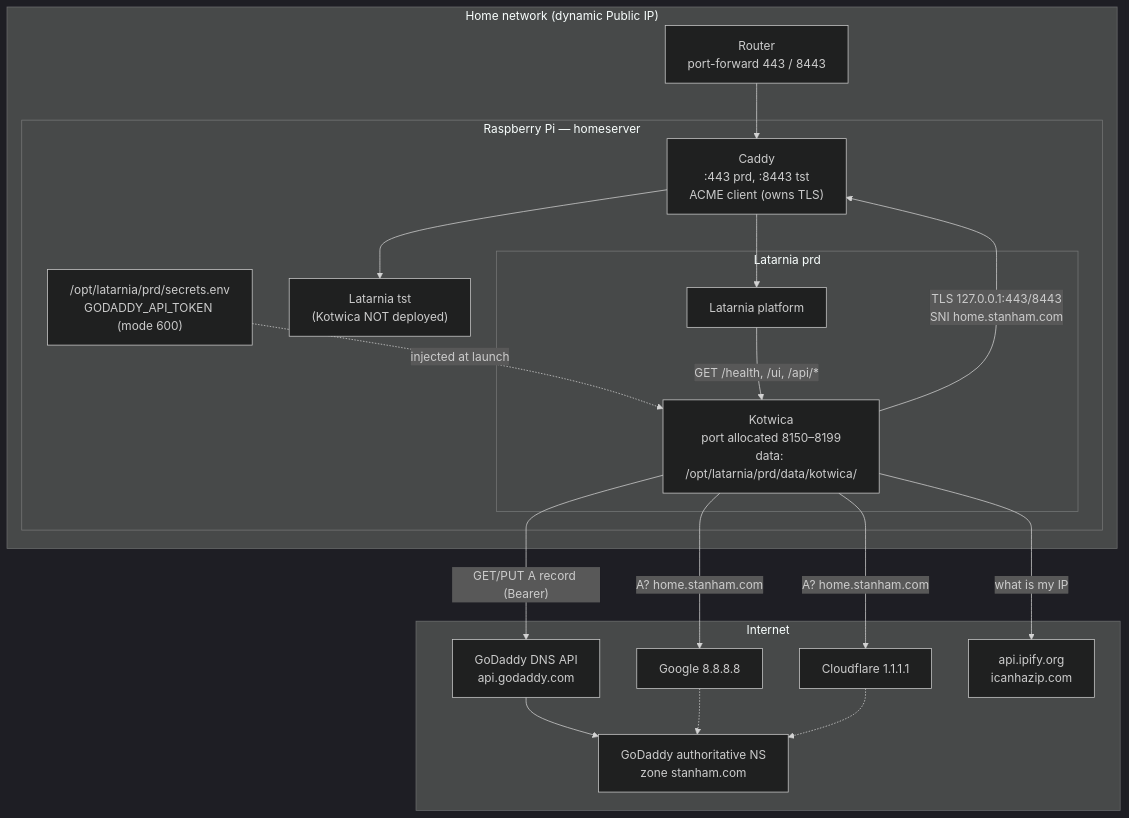
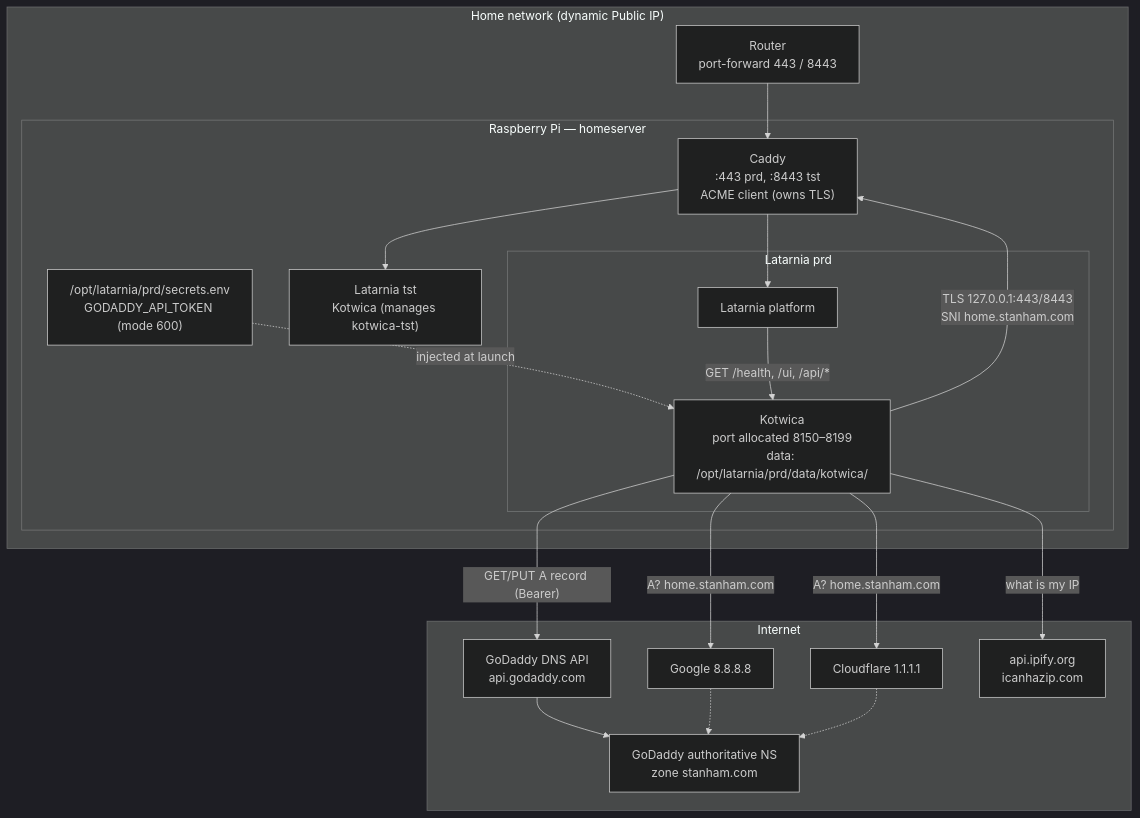
Before and after one commit to felipe-stanham/Kotwica: the second of 3 diagrams in docs/Projects/P-0001/architecture.md, drawn with Mermaid (dark theme). The commit also changed other lines of this file and 11 other files, not shown here.

First line of the commit message:
feat(T-0001): tst manages its own Managed Record (kotwica-tst)

````diff
--- a/docs/Projects/P-0001/architecture.md
+++ b/docs/Projects/P-0001/architecture.md
@@ -69,36 +69,36 @@
 ```mermaid
 flowchart TB
     subgraph Internet
         GD["GoDaddy DNS API<br/>api.godaddy.com"]
         NS["GoDaddy authoritative NS<br/>zone stanham.com"]
         G8["Google 8.8.8.8"]
         CF["Cloudflare 1.1.1.1"]
         ECHO["api.ipify.org<br/>icanhazip.com"]
     end
 
     subgraph Home["Home network (dynamic Public IP)"]
         RT["Router<br/>port-forward 443 / 8443"]
         subgraph Pi["Raspberry Pi — homeserver"]
             CAD["Caddy<br/>:443 prd, :8443 tst<br/>ACME client (owns TLS)"]
             subgraph PRD["Latarnia prd"]
                 LP["Latarnia platform"]
                 K["Kotwica<br/>port allocated 8150–8199<br/>data: /opt/latarnia/prd/data/kotwica/"]
             end
-            LT["Latarnia tst<br/>(Kotwica NOT deployed)"]
+            LT["Latarnia tst<br/>Kotwica (manages kotwica-tst)"]
             SEC["/opt/latarnia/prd/secrets.env<br/>GODADDY_API_TOKEN (mode 600)"]
         end
     end
 
     RT --> CAD
     CAD --> LP
     CAD --> LT
     SEC -. injected at launch .-> K
     LP -- "GET /health, /ui, /api/*" --> K
     K -- "GET/PUT A record (Bearer)" --> GD
     GD --> NS
     K -- "A? home.stanham.com" --> G8
     K -- "A? home.stanham.com" --> CF
     G8 & CF -.-> NS
     K -- "what is my IP" --> ECHO
     K -- "TLS 127.0.0.1:443/8443<br/>SNI home.stanham.com" --> CAD
 ```
````
